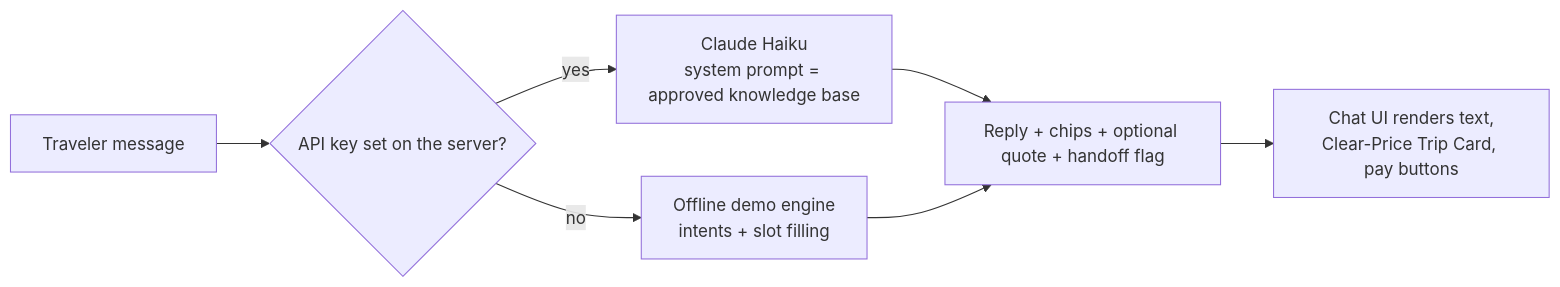
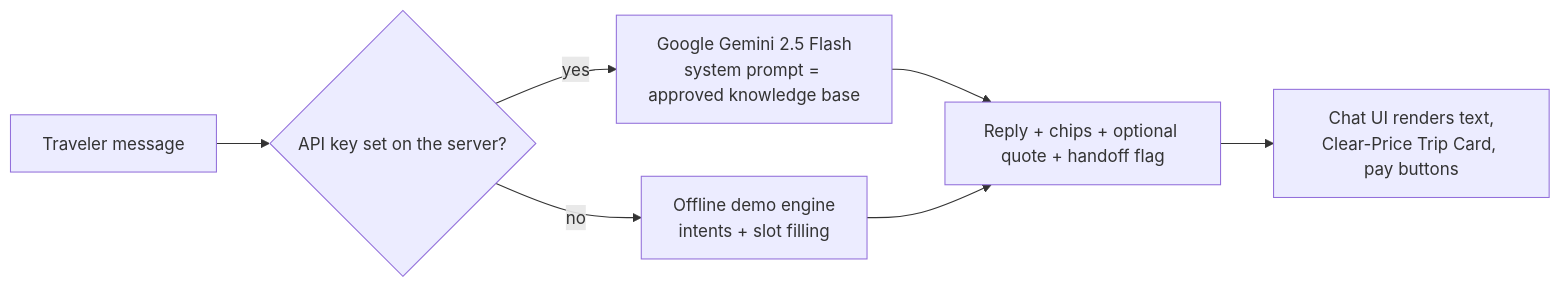
Before and after one commit to nurbekkairbek2012-wq/zerttex: the first of 2 diagrams in README.md, drawn with Mermaid. The commit also changed other lines of this file and 30 other files, not shown here.

````diff
--- a/README.md
+++ b/README.md
@@ -194,9 +198,9 @@
 ```mermaid
 flowchart LR
   U[Traveler message] --> T{"API key set on the server?"}
-  T -- yes --> L[Claude Haiku<br/>system prompt = approved knowledge base]
+  T -- yes --> L[Google Gemini 2.5 Flash<br/>system prompt = approved knowledge base]
   T -- no --> D[Offline demo engine<br/>intents + slot filling]
   L --> R[Reply + chips + optional quote + handoff flag]
   D --> R
   R --> C[Chat UI renders text,<br/>Clear-Price Trip Card, pay buttons]
 ```
````
